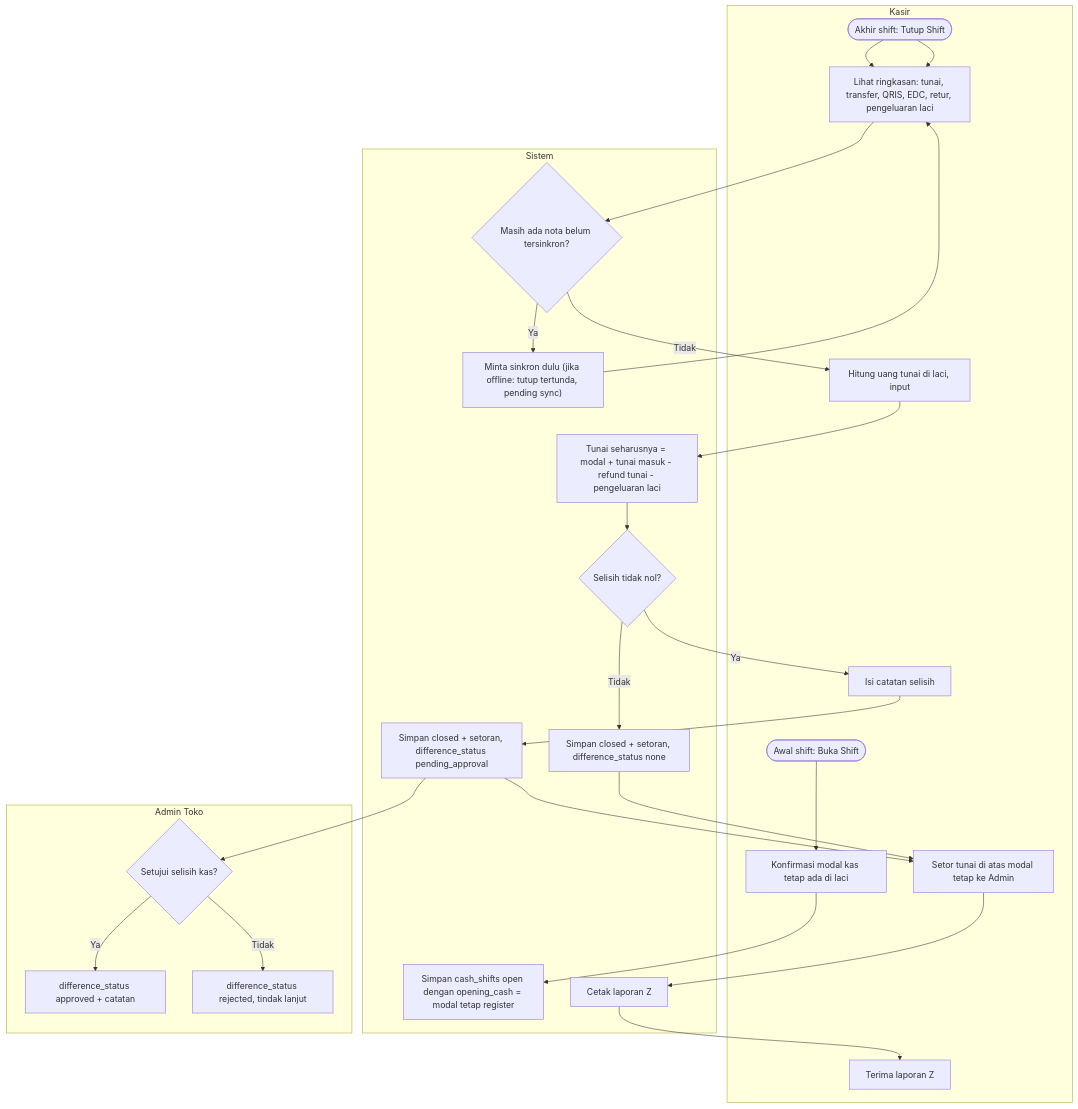
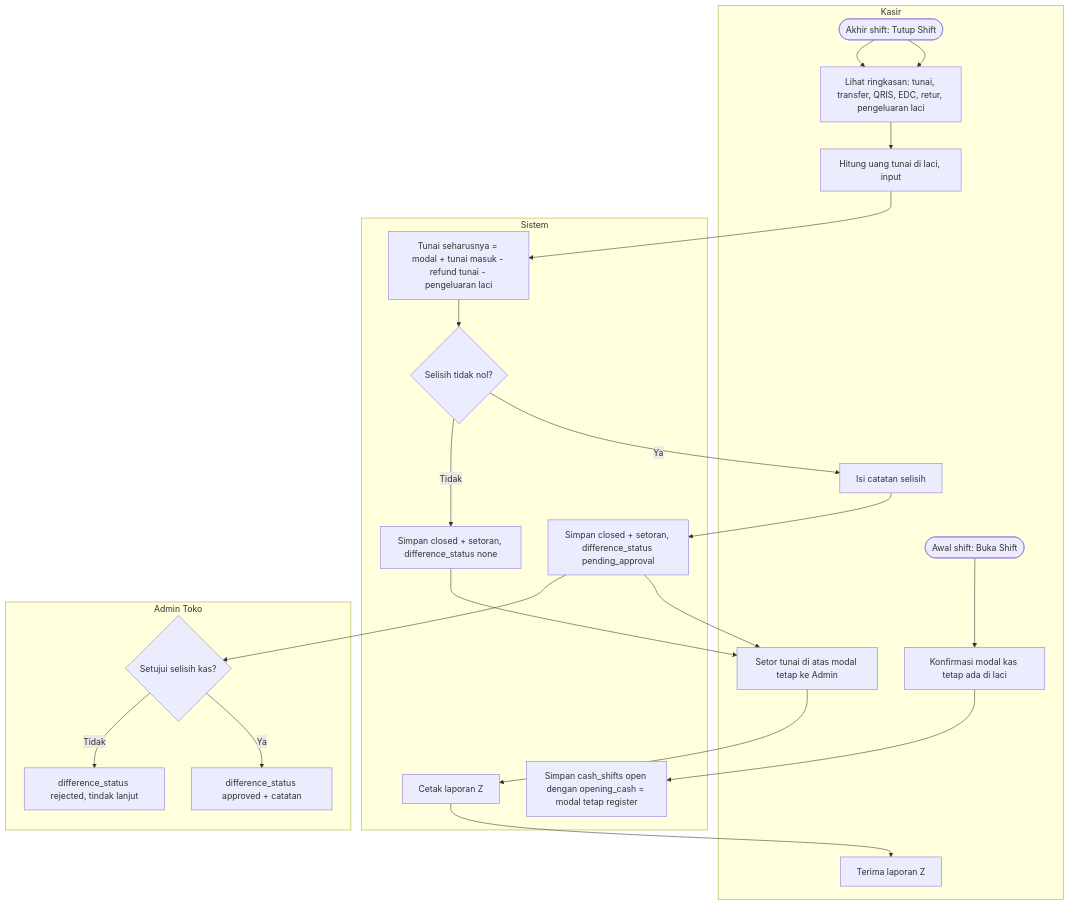
The tenth of 30 diagrams in docs/analisis-sistem.md (aliefpraditya/store-management), drawn with Mermaid before and after one commit. The commit also changed other lines of this file and 13 other files, not shown here.

First line of the commit message:
Redesign wireframe and diagrams for R1, split R2, add PDFs

````diff
--- a/docs/analisis-sistem.md
+++ b/docs/analisis-sistem.md
@@ -674,38 +653,34 @@
 ```mermaid
 flowchart TD
     subgraph KS["Kasir"]
         K0(["Awal shift: Buka Shift"]) --> K0b["Konfirmasi modal kas tetap ada di laci"]
         K1(["Akhir shift: Tutup Shift"]) --> K2["Lihat ringkasan: tunai, transfer, QRIS, EDC, retur, pengeluaran laci"]
         K3["Hitung uang tunai di laci, input"]
         K5["Isi catatan selisih"]
         K7["Setor tunai di atas modal tetap ke Admin"]
         K8["Terima laporan Z"]
     end
     subgraph SYS["Sistem"]
         S0["Simpan cash_shifts open dengan opening_cash = modal tetap register"]
-        S1{"Masih ada nota belum tersinkron?"}
-        S1b["Minta sinkron dulu (jika offline: tutup tertunda, pending sync)"]
         S2["Tunai seharusnya = modal + tunai masuk - refund tunai - pengeluaran laci"]
         S3{"Selisih tidak nol?"}
         S4["Simpan closed + setoran, difference_status pending_approval"]
         S4b["Simpan closed + setoran, difference_status none"]
         S5["Cetak laporan Z"]
     end
     subgraph ADM["Admin Toko"]
         A1{"Setujui selisih kas?"}
         A2["difference_status approved + catatan"]
         A3["difference_status rejected, tindak lanjut"]
     end
     K0b --> S0
-    K1 --> K2 --> S1
-    S1 -->|"Ya"| S1b --> K2
-    S1 -->|"Tidak"| K3 --> S2 --> S3
+    K1 --> K2 --> K3 --> S2 --> S3
     S3 -->|"Ya"| K5 --> S4
     S3 -->|"Tidak"| S4b
     S4 --> K7
     S4b --> K7
     K7 --> S5 --> K8
     S4 --> A1
     A1 -->|"Ya"| A2
     A1 -->|"Tidak"| A3
 ```
````
